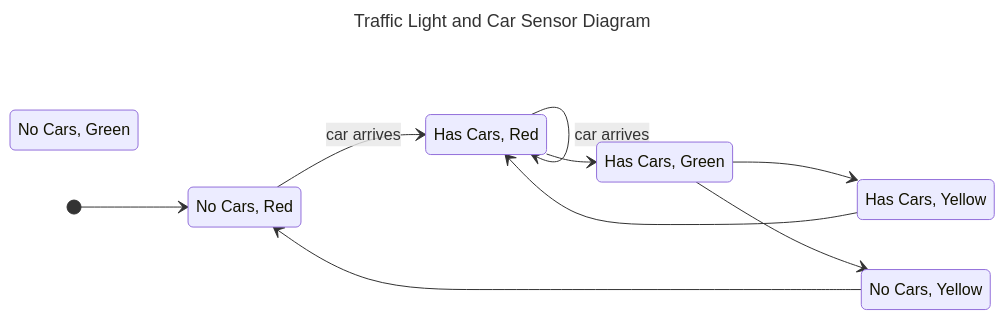
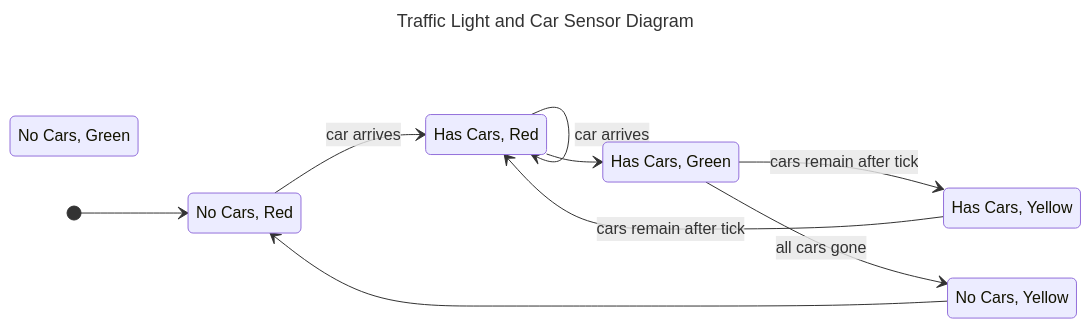
Before and after one commit to VinayakFia/Obsidian: the third of 3 diagrams in COMP3153/System Model - Vinayak Fialok.md, drawn with Mermaid. The commit also changed other lines of this file, not shown here.

Commit message:
vault backup: 2024-09-17 21:21:55

````diff
--- a/COMP3153/System Model - Vinayak Fialok.md
+++ b/COMP3153/System Model - Vinayak Fialok.md
@@ -56,21 +58,21 @@
 ```mermaid
 ---
 title: Traffic Light and Car Sensor Diagram
 ---
 stateDiagram-v2
 	direction LR
 	ng: No Cars, Green
 	nr: No Cars, Red
 	ny: No Cars, Yellow
 	hg: Has Cars, Green
 	hr: Has Cars, Red
 	hy: Has Cars, Yellow
 	[*] --> nr
 	nr --> hr : car arrives
 	hr --> hr : car arrives
 	hr --> hg
-	hg --> hy
-	hg --> ny
+	hg --> hy : cars remain after tick
+	hg --> ny : all cars gone
 	ny --> nr
-	hy --> hr
+	hy --> hr : cars remain after tick
 ```
````
